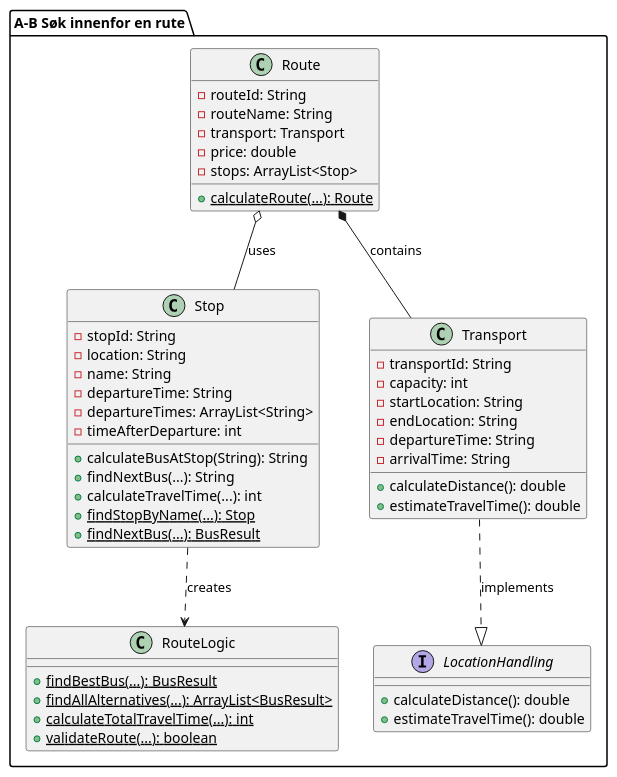
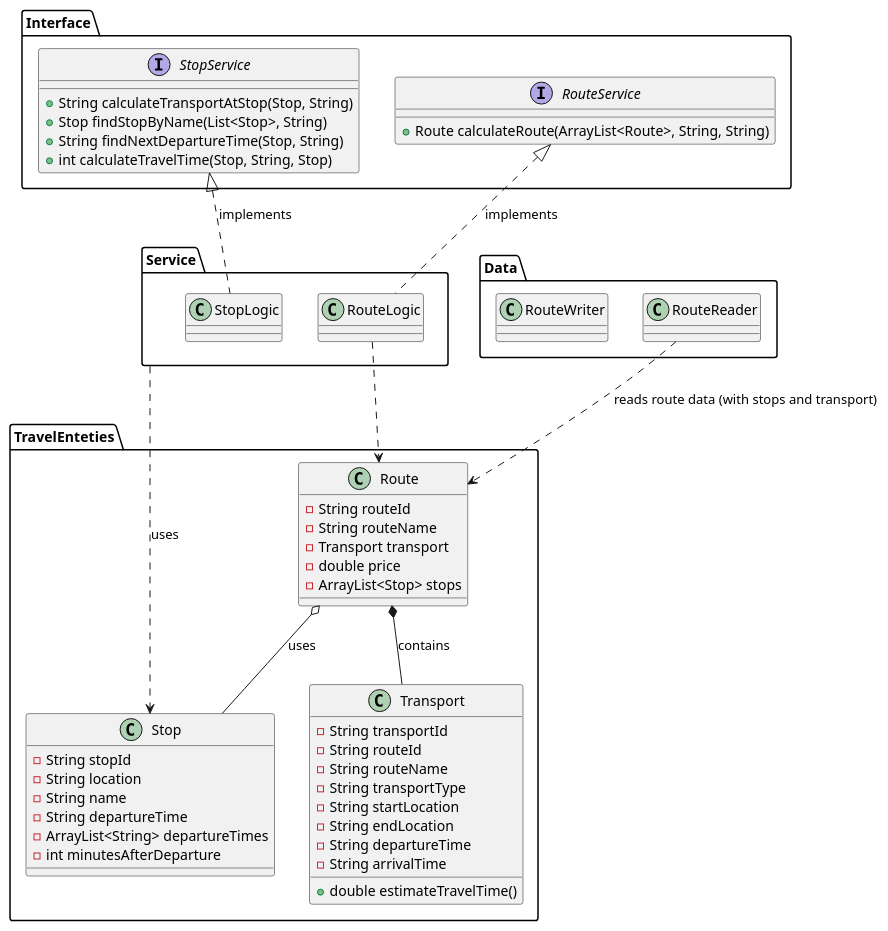
Before and after one commit to Patr1ckTS/SET16_ProsjektEksamen: the diagram in develop/core/routesearch/src/main/resources/Klassediagram.puml, drawn with PlantUML. The commit also changed 46 other files, not shown here.

First line of the commit message:
Forbedret kodestruktur, laget interfaces (for DI) klassene som skal R/W for ruter og refaktorert koden. Oppdaterte diagrammer.

```diff
--- a/develop/core/routesearch/src/main/resources/Klassediagram.puml
+++ b/develop/core/routesearch/src/main/resources/Klassediagram.puml
@@ -1,68 +1,69 @@
-@startuml KlassediagramAB
-' https://plantuml.com/class-diagram
+@startuml KlassediagramMapper
 
-package "A-B Søk innenfor en rute" {
+package "Interface" {
+    interface StopService {
+        + String calculateTransportAtStop(Stop, String)
+        + Stop findStopByName(List<Stop>, String)
+        + String findNextDepartureTime(Stop, String)
+        + int calculateTravelTime(Stop, String, Stop)
+    }
+    interface RouteService {
+        + Route calculateRoute(ArrayList<Route>, String, String)
+    }
+}
 
-class Stop {
-    - stopId: String
-    - location: String
-    - name: String
-    - departureTime: String
-    - departureTimes: ArrayList<String>
-    - timeAfterDeparture: int
-    
-    + calculateBusAtStop(String): String
-    + findNextBus(...): String
-    + calculateTravelTime(...): int
-    + {static} findStopByName(...): Stop
-    + {static} findNextBus(...): BusResult
+package "Service" {
+    class StopLogic 
+    class RouteLogic 
+}
+
+package "TravelEnteties" {
+    class Stop {
+        - String stopId
+        - String location
+        - String name
+        - String departureTime
+        - ArrayList<String> departureTimes
+        - int minutesAfterDeparture
+    }
+    class Route {
+        - String routeId
+        - String routeName
+        - Transport transport
+        - double price
+        - ArrayList<Stop> stops
+    }
+    class Transport {
+        - String transportId
+        - String routeId
+        - String routeName
+        - String transportType
+        - String startLocation
+        - String endLocation
+        - String departureTime
+        - String arrivalTime
+        + double estimateTravelTime()
+    }
 }
 
 
-class RouteLogic {
-    + {static} findBestBus(...): BusResult
-    + {static} findAllAlternatives(...): ArrayList<BusResult>
-    + {static} calculateTotalTravelTime(...): int
-    + {static} validateRoute(...): boolean
+package "Data" {
+        class RouteReader
+        class RouteWriter
 }
 
-class Route {
-    - routeId: String
-    - routeName: String
-    - transport: Transport
-    - price: double
-    - stops: ArrayList<Stop>
-    
-    + {static} calculateRoute(...): Route
-}
 
-class Transport {
-    - transportId: String
-    - capacity: int
-    - startLocation: String
-    - endLocation: String
-    - departureTime: String
-    - arrivalTime: String
-    
-    + calculateDistance(): double
-    + estimateTravelTime(): double
-}
 
-interface LocationHandling {
-    + calculateDistance(): double
-    + estimateTravelTime(): double
-}
+' Relasjoner
+Interface.StopService <|.. Service.StopLogic : implements
+Interface.RouteService <|.. Service.RouteLogic : implements
 
-' Relationships
-Transport ..|> LocationHandling : implements
+Service ..> TravelEnteties.Stop : uses
+Service.RouteLogic ..> TravelEnteties.Route
 
-' Composition/Aggregation relationships
-Route *-- Transport : contains
-Route o-- Stop : uses
+Data.RouteReader ..> TravelEnteties.Route : "reads route data (with stops and transport)"
 
-' Dependencies
-Stop ..> RouteLogic : creates
-
-}
+TravelEnteties.Route *-- TravelEnteties.Transport : contains
+TravelEnteties.Route o-- TravelEnteties.Stop : uses
 
 @enduml
```
